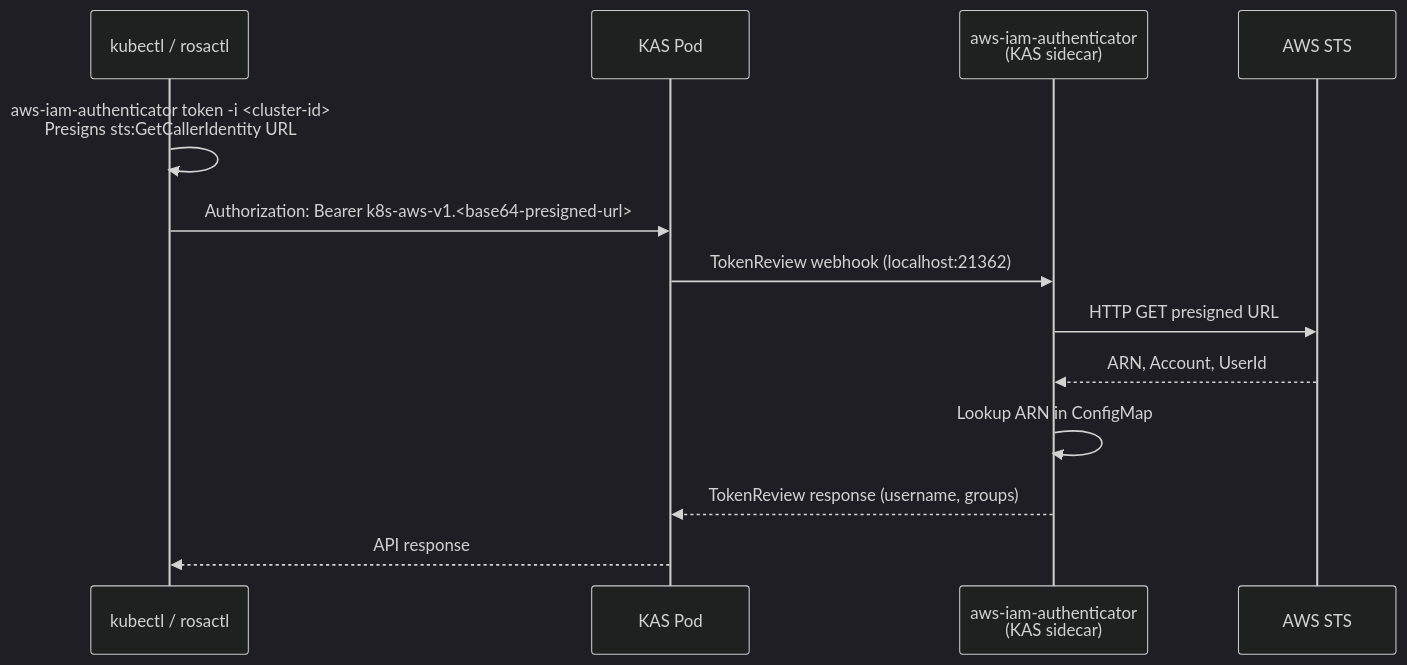
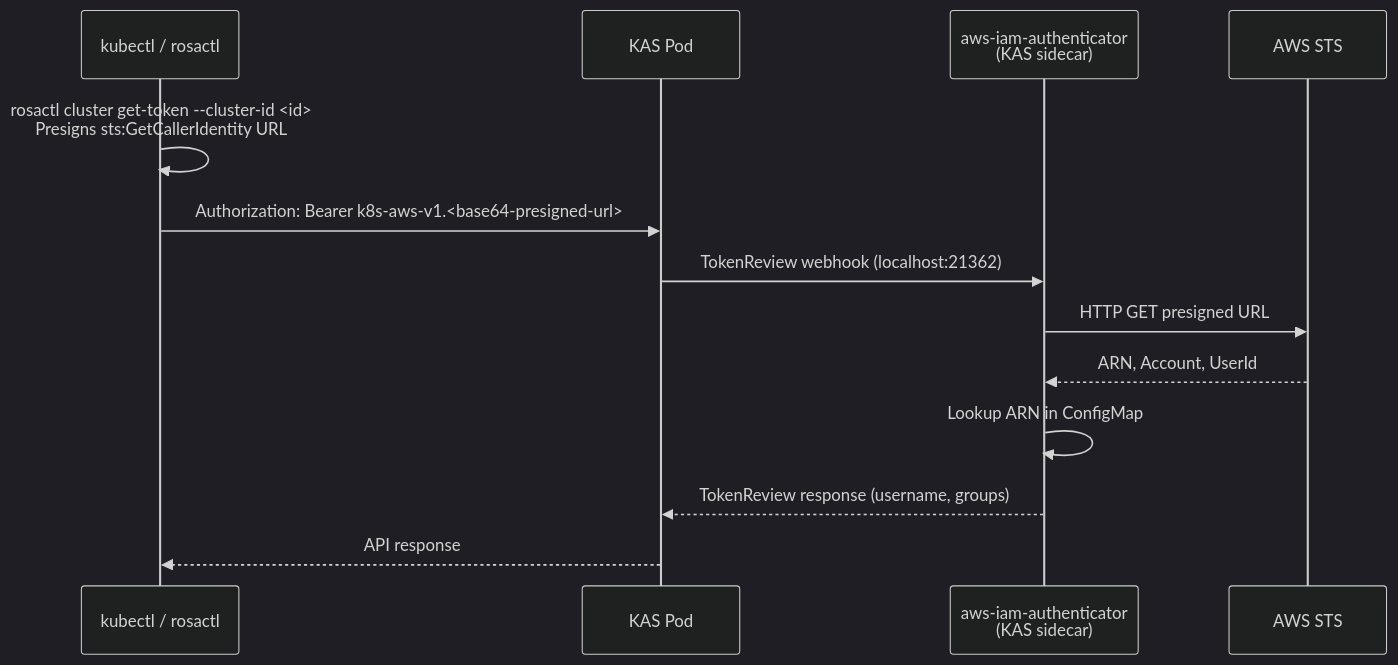
One commit to rosa-regional-platform-ci/rosa-regional-platform changed the first of 2 diagrams in docs/design/aws-iam-hosted-cluster-authentication.md. Above: the diagram before and after it, drawn with Mermaid (dark theme). The commit also changed other lines of this file and 2 other files, not shown here.

First line of the commit message:
chore: temporarily override platform-api image for IAM auth

````diff
--- a/docs/design/aws-iam-hosted-cluster-authentication.md
+++ b/docs/design/aws-iam-hosted-cluster-authentication.md
@@ -30,16 +34,16 @@
 ```mermaid
 sequenceDiagram
     participant CLI as kubectl / rosactl
     participant KAS as KAS Pod
     participant IAM as aws-iam-authenticator<br/>(KAS sidecar)
     participant STS as AWS STS
 
-    CLI->>CLI: aws-iam-authenticator token -i <cluster-id><br/>Presigns sts:GetCallerIdentity URL
+    CLI->>CLI: rosactl cluster get-token --cluster-id <id><br/>Presigns sts:GetCallerIdentity URL
     CLI->>KAS: Authorization: Bearer k8s-aws-v1.<base64-presigned-url>
     KAS->>IAM: TokenReview webhook (localhost:21362)
     IAM->>STS: HTTP GET presigned URL
     STS-->>IAM: ARN, Account, UserId
     IAM->>IAM: Lookup ARN in ConfigMap
     IAM-->>KAS: TokenReview response (username, groups)
     KAS-->>CLI: API response
 ```
````
